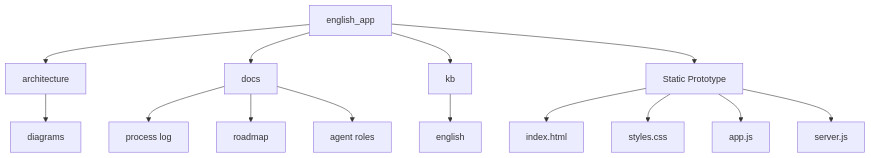
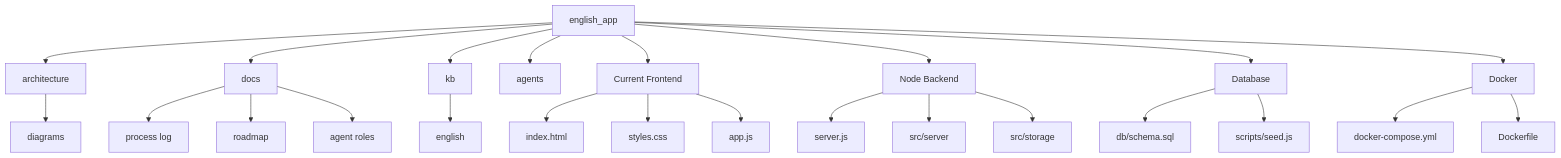
The seventh of 7 diagrams in architecture/06-diagrams.md (lvoliveiratec/english_app), drawn with Mermaid before and after one commit. The commit also changed other lines of this file and 25 other files, not shown here.

Commit message:
Add pronunciation attempt flow and update architecture docs

````diff
--- a/architecture/06-diagrams.md
+++ b/architecture/06-diagrams.md
@@ -97,16 +157,28 @@
 ```mermaid
 flowchart TD
   Repo[english_app] --> Architecture[architecture]
   Repo --> Docs[docs]
   Repo --> KB[kb]
-  Repo --> Prototype[Static Prototype]
-  Prototype --> HTML[index.html]
-  Prototype --> CSS[styles.css]
-  Prototype --> JS[app.js]
-  Prototype --> Server[server.js]
+  Repo --> Agents[agents]
+  Repo --> Frontend[Current Frontend]
+  Repo --> Backend[Node Backend]
+  Repo --> Database[Database]
+  Repo --> Docker[Docker]
+
+  Frontend --> HTML[index.html]
+  Frontend --> CSS[styles.css]
+  Frontend --> JS[app.js]
+  Backend --> Server[server.js]
+  Backend --> ServerModules[src/server]
+  Backend --> StorageAdapters[src/storage]
+  Database --> Schema[db/schema.sql]
+  Database --> Seed[scripts/seed.js]
+  Docker --> Compose[docker-compose.yml]
+  Docker --> Dockerfile[Dockerfile]
+
   KB --> EnglishKB[english]
   Docs --> Process[process log]
   Docs --> Roadmap[roadmap]
-  Docs --> Agents[agent roles]
+  Docs --> AgentDocs[agent roles]
   Architecture --> Diagrams[diagrams]
 ```
````
